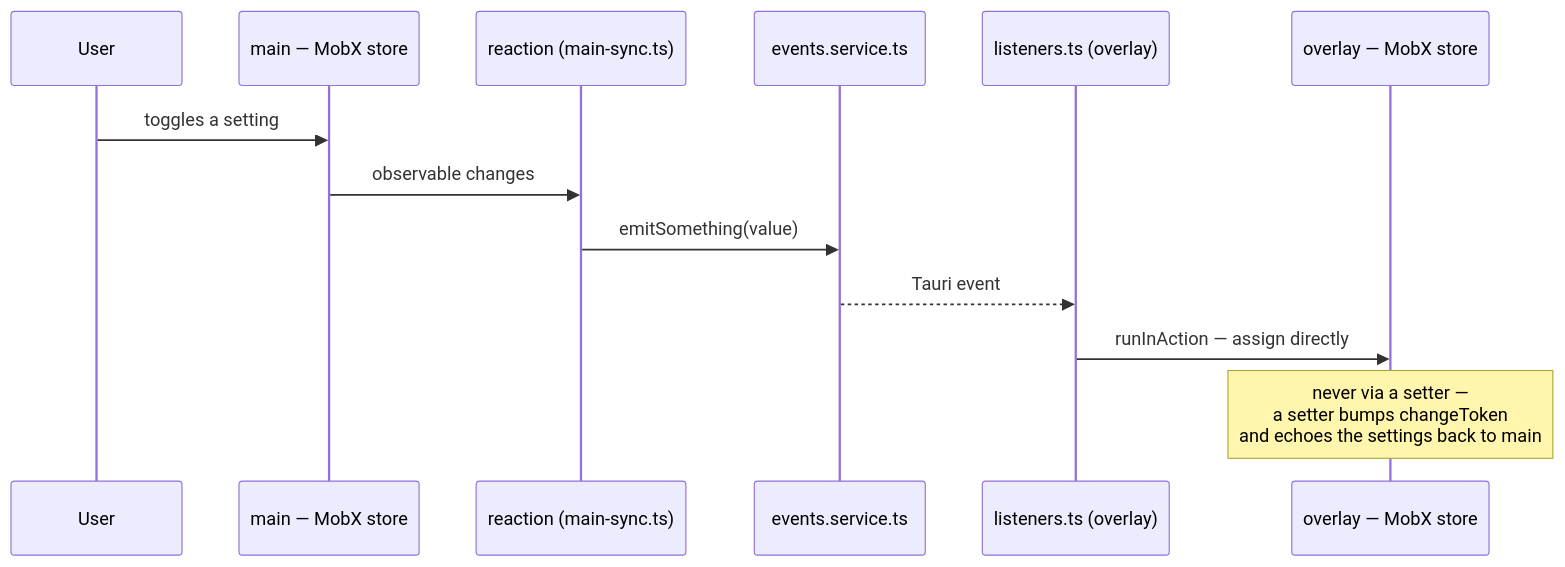
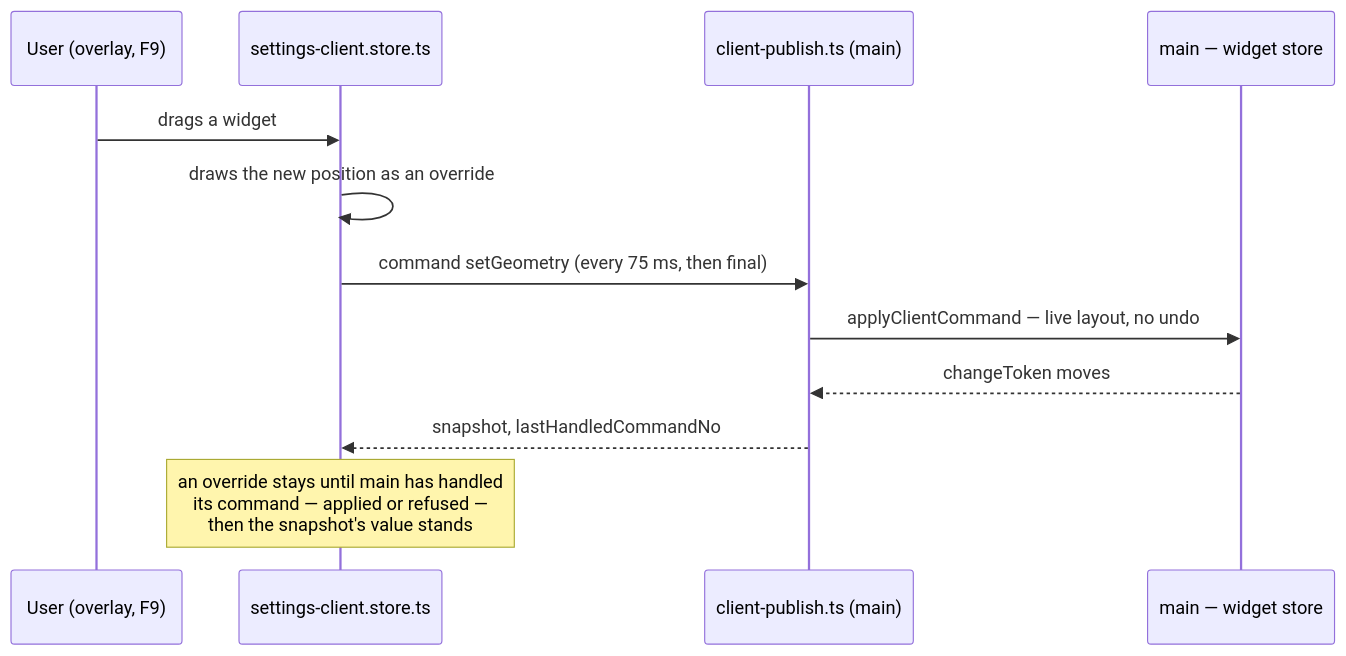
Diagram 20 of 24 in docs/architecture.md (mvoof/Marble-Trace), drawn with Mermaid before and after one commit. The commit also changed other lines of this file and 665 other files, not shown here.

Commit message:
Architecture rework: sim logic in Rust, main owns settings (#583)

````diff
--- a/docs/architecture.md
+++ b/docs/architecture.md
@@ -1441,16 +1450,15 @@
 ```mermaid
 sequenceDiagram
-    participant U as User
-    participant MS as main — MobX store
-    participant R as reaction (main-sync.ts)
-    participant E as events.service.ts
-    participant L as listeners.ts (overlay)
-    participant OS as overlay — MobX store
+    participant U as User (overlay, F9)
+    participant C as settings-client.store.ts
+    participant P as client-publish.ts (main)
+    participant S as main — widget store
 
-    U->>MS: toggles a setting
-    MS->>R: observable changes
-    R->>E: emitSomething(value)
-    E-->>L: Tauri event
-    L->>OS: runInAction — assign directly
-    Note over OS: never via a setter —<br/>a setter bumps changeToken<br/>and echoes the settings back to main
+    U->>C: drags a widget
+    C->>C: draws the new position as an override
+    C->>P: command setGeometry (every 75 ms, then final)
+    P->>S: applyClientCommand — live layout, no undo
+    S-->>P: changeToken moves
+    P-->>C: snapshot, lastHandledCommandNo
+    Note over C: an override stays until main has handled<br/>its command — applied or refused —<br/>then the snapshot's value stands
 ```
````
